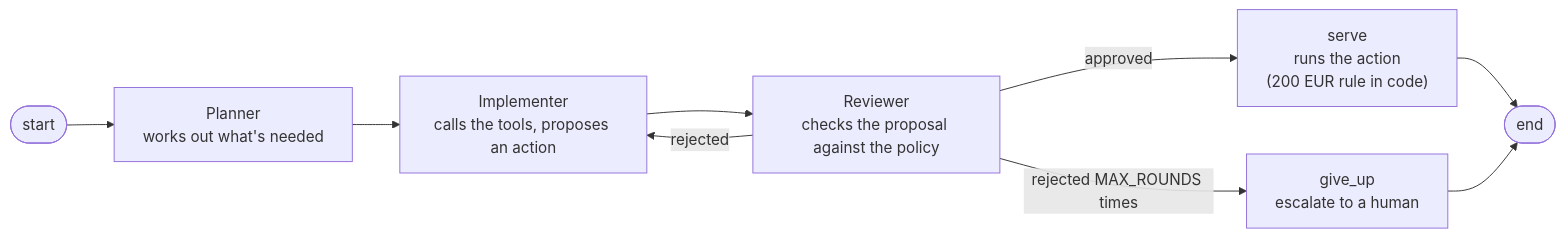
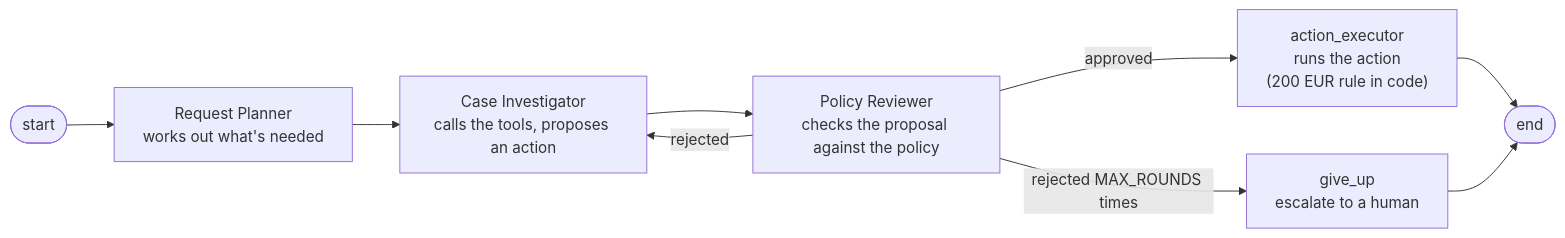
One commit to gauravkhuraana/shopkart-ai-tutorial-v2 changed the third of 3 diagrams in build/step5_agent/README.md. Above: the diagram before and after it, drawn with Mermaid. The commit also changed other lines of this file and 24 other files, not shown here.

````diff
--- a/build/step5_agent/README.md
+++ b/build/step5_agent/README.md
@@ -181,11 +182,11 @@
 ```mermaid
 flowchart LR
-    S([start]) --> P["Planner<br/>works out what's needed"]
-    P --> I["Implementer<br/>calls the tools, proposes an action"]
-    I --> V["Reviewer<br/>checks the proposal against the policy"]
-    V -->|approved| K["serve<br/>runs the action<br/>(200 EUR rule in code)"]
+    S([start]) --> P["Request Planner<br/>works out what's needed"]
+    P --> I["Case Investigator<br/>calls the tools, proposes an action"]
+    I --> V["Policy Reviewer<br/>checks the proposal against the policy"]
+    V -->|approved| K["action_executor<br/>runs the action<br/>(200 EUR rule in code)"]
     V -->|"rejected"| I
     V -->|"rejected MAX_ROUNDS times"| G["give_up<br/>escalate to a human"]
     K --> E([end])
     G --> E
 ```
````
